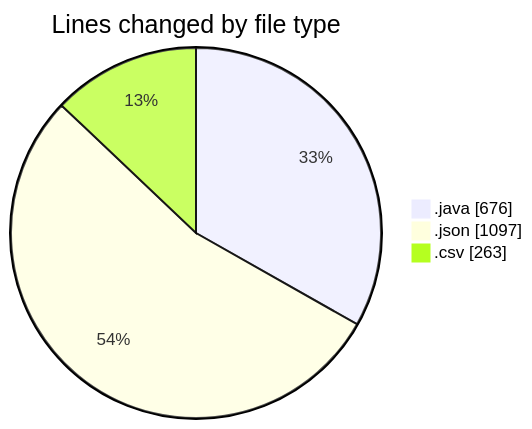
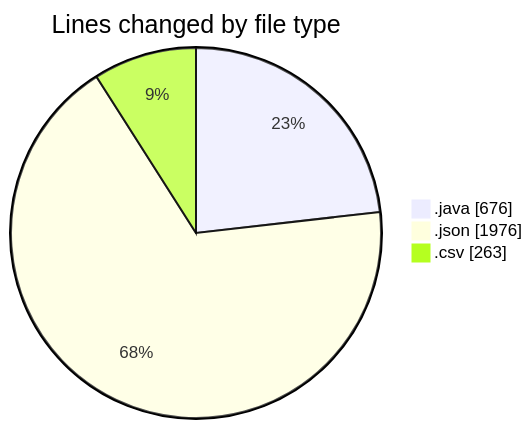
One commit to ricardozamudiocil/code-tracking changed the first of 2 diagrams in 2026-02-24/cilapp/README.md. Above: the diagram before and after it, drawn with Mermaid. The commit also changed other lines of this file and 1 other file, not shown here.

````diff
--- a/2026-02-24/cilapp/README.md
+++ b/2026-02-24/cilapp/README.md
@@ -23,7 +23,7 @@
 ```mermaid
 pie showData
 title Lines changed by file type
 ".java" : 676
-".json" : 1097
+".json" : 1976
 ".csv" : 263
 ```
````
